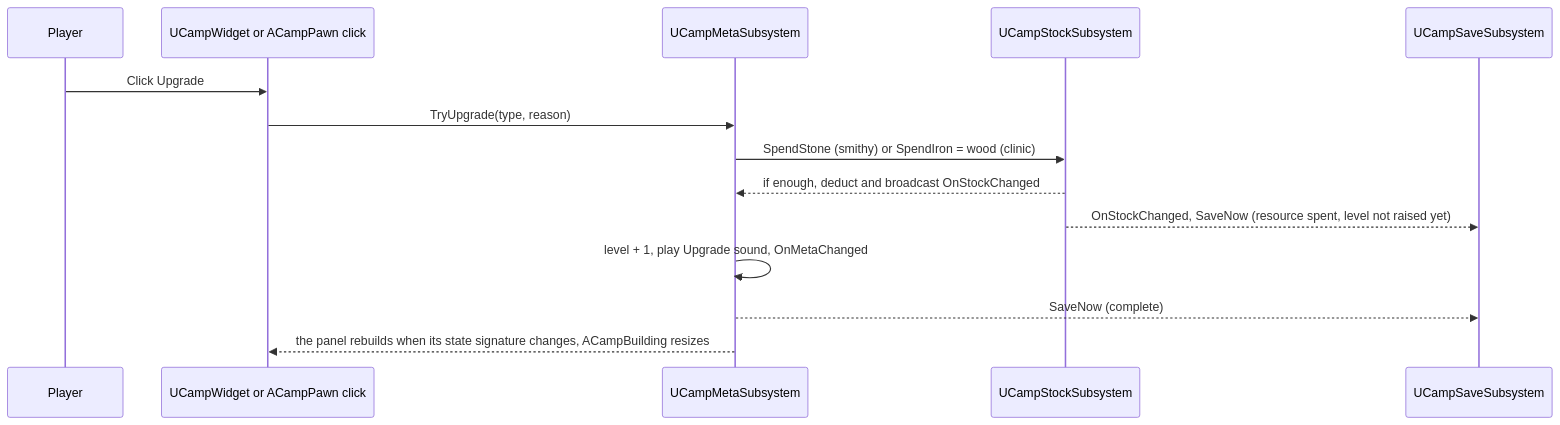
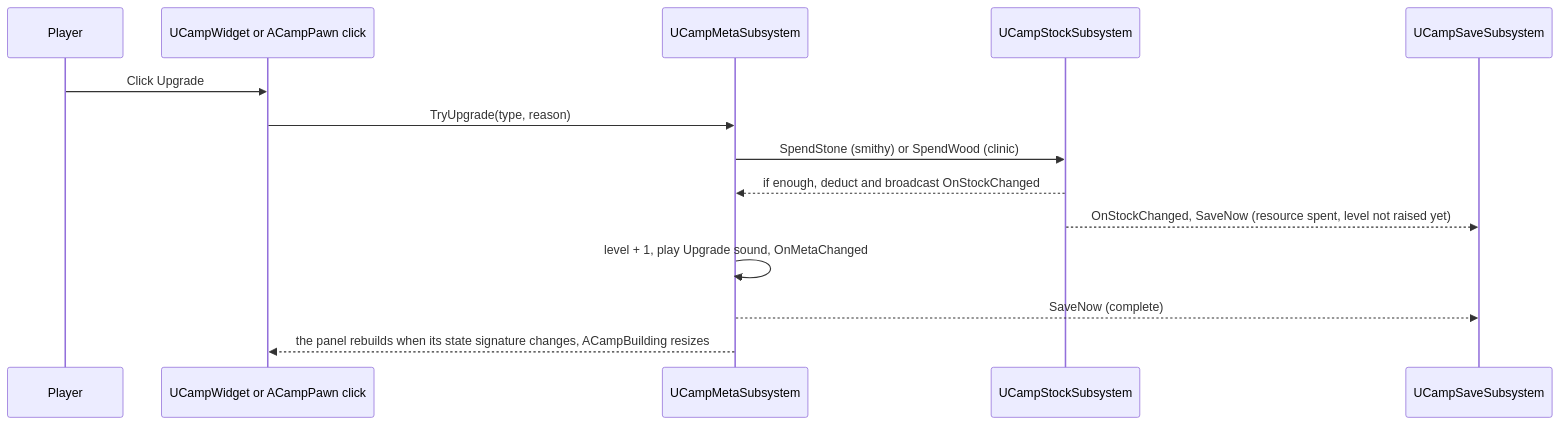
Before and after one commit to Huangyu-Shen/2026-epic-gamejam: the fifth of 6 diagrams in docs/wiki/architecture.md, drawn with Mermaid. The commit also changed other lines of this file and 22 other files, not shown here.

````diff
--- a/docs/wiki/architecture.md
+++ b/docs/wiki/architecture.md
@@ -269,16 +270,16 @@
 ```mermaid
 sequenceDiagram
   participant P as Player
   participant W as UCampWidget or ACampPawn click
   participant M as UCampMetaSubsystem
   participant S as UCampStockSubsystem
   participant V as UCampSaveSubsystem
   P->>W: Click Upgrade
   W->>M: TryUpgrade(type, reason)
-  M->>S: SpendStone (smithy) or SpendIron = wood (clinic)
+  M->>S: SpendStone (smithy) or SpendWood (clinic)
   S-->>M: if enough, deduct and broadcast OnStockChanged
   S-->>V: OnStockChanged, SaveNow (resource spent, level not raised yet)
   M->>M: level + 1, play Upgrade sound, OnMetaChanged
   M-->>V: SaveNow (complete)
   M-->>W: the panel rebuilds when its state signature changes, ACampBuilding resizes
 ```
````
